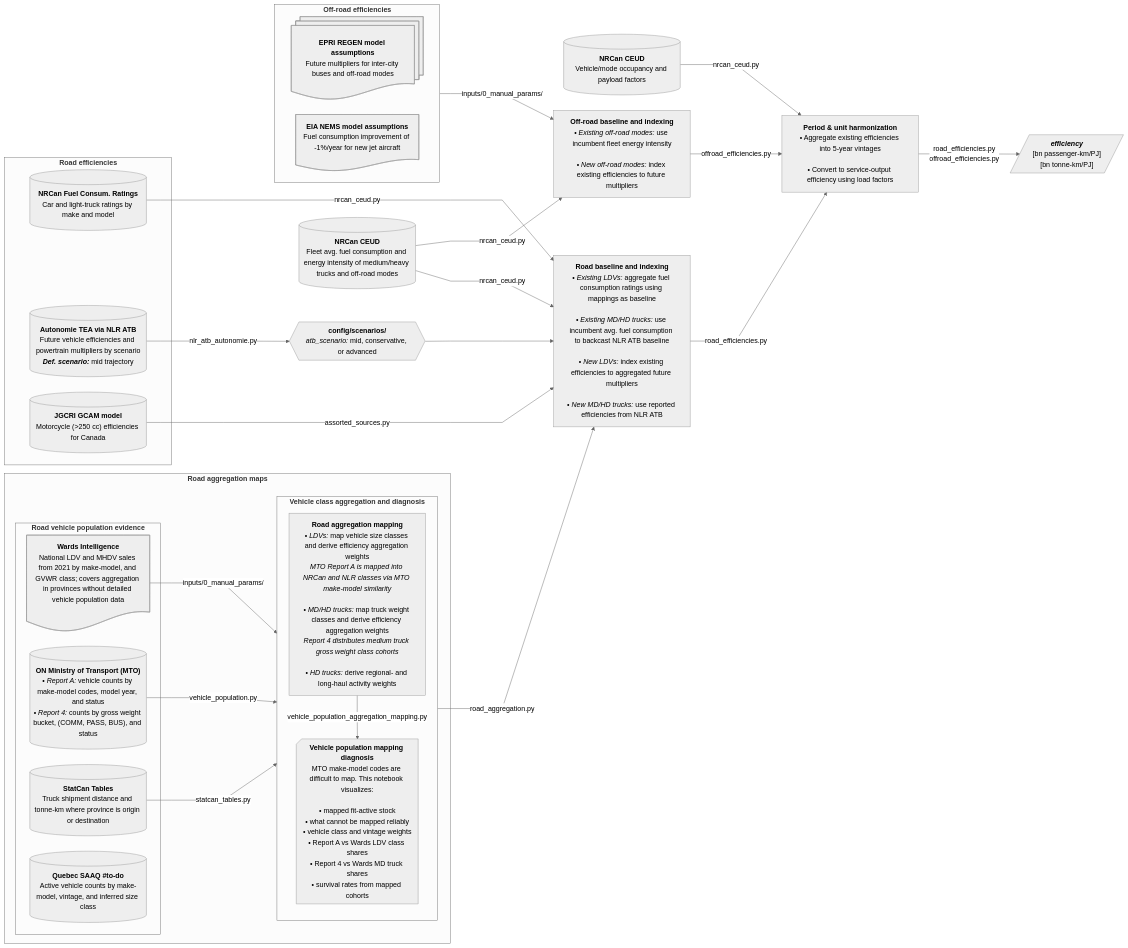
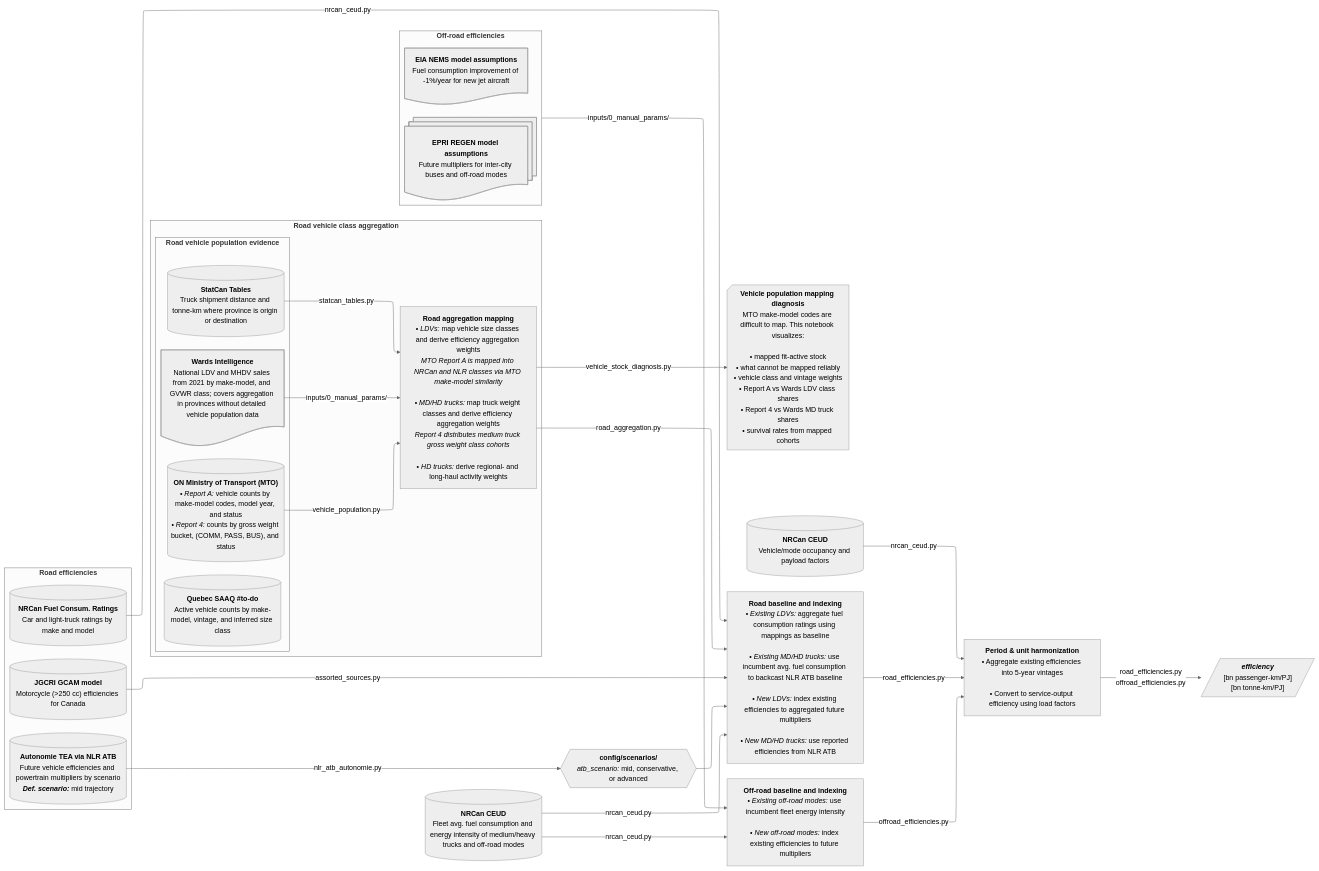
The eighth of 14 diagrams in README.md (CANOE-main/canoe-transportation), drawn with Mermaid (neutral theme) before and after one commit. The commit also changed other lines of this file and 39 other files, not shown here.

First line of the commit message:
Add technology growth evidence acquisition and diagnostics; updated mermaid flowcharts to render with elk layout.

````diff
--- a/README.md
+++ b/README.md
@@ -743,16 +732,15 @@
 ```mermaid
 ---
 config:
-  layout: dagre
+  layout: elk
   flowchart:
     nodeSpacing: 35
     rankSpacing: 50
     wrappingWidth: 250
-    curve: linear
 ---
 flowchart LR
-  %% ########### Sources ###########
-  subgraph road_agg["`**Road aggregation maps**`"]
+  %% ############ Sources ###########
+  subgraph road_agg["`**Road vehicle class aggregation**`"]
     subgraph agg["`**Road vehicle population evidence**`"]
       s3@{shape: doc, label: "**Wards Intelligence**
         National LDV and MHDV sales from 2021 by make-model, and GVWR class; covers aggregation in provinces without detailed vehicle population data"}
@@ -765,29 +753,25 @@
         Active vehicle counts by make-model, vintage, and inferred size class`")]
     end
 
-    subgraph aggregation["`**Vehicle class aggregation and diagnosis**`"]
-      direction TB
-      p0["`**Road aggregation mapping**
-        • *LDVs:* map vehicle size classes and derive efficiency aggregation weights
-        *MTO Report A is mapped into NRCan and NLR classes via MTO make-model similarity*<br>
-        • *MD/HD trucks:* map truck weight classes and derive efficiency aggregation weights
-        *Report 4 distributes medium truck gross weight class cohorts*<br>
-        • *HD trucks:* derive regional- and long-haul activity weights`"]
-      
-      p0_2@{shape: notch-rect, label: "**Vehicle population mapping diagnosis**
-        MTO make-model codes are difficult to map. This notebook visualizes:<br>
-        • mapped fit-active stock
-        • what cannot be mapped reliably
-        • vehicle class and vintage weights
-        • Report A vs Wards LDV class shares
-        • Report 4 vs Wards MD truck shares
-        • survival rates from mapped cohorts"}
-      p0 -- vehicle_population_aggregation_mapping.py --> p0_2
-    end
-    s3 -- inputs/0_manual_params/ --> aggregation
-    s4 -- vehicle_population.py --> aggregation
-    s10 -- statcan_tables.py --> aggregation
+    p0["`**Road aggregation mapping**
+      • *LDVs:* map vehicle size classes and derive efficiency aggregation weights
+      *MTO Report A is mapped into NRCan and NLR classes via MTO make-model similarity*<br>
+      • *MD/HD trucks:* map truck weight classes and derive efficiency aggregation weights
+      *Report 4 distributes medium truck gross weight class cohorts*<br>
+      • *HD trucks:* derive regional- and long-haul activity weights`"]
+    s3 -- inputs/0_manual_params/ --> p0
+    s4 -- vehicle_population.py --> p0
+    s10 -- statcan_tables.py --> p0
   end
+    p0_2@{shape: notch-rect, label: "**Vehicle population mapping diagnosis**
+      MTO make-model codes are difficult to map. This notebook visualizes:<br>
+      • mapped fit-active stock
+      • what cannot be mapped reliably
+      • vehicle class and vintage weights
+      • Report A vs Wards LDV class shares
+      • Report 4 vs Wards MD truck shares
+      • survival rates from mapped cohorts"}
+    p0 -- vehicle_stock_diagnosis.py --> p0_2
 
   subgraph road["`**Road efficiencies**`"]
     s1[("`**NRCan Fuel Consum. Ratings**
@@ -812,9 +796,7 @@
   s9[("`**NRCan CEUD**
     Vehicle/mode occupancy and payload factors`")]
 
-  %% ########### Processes ###########
-  s0 -- nrcan_ceud.py --> p3 & p2
-
+  %% ############ Processes ###########
   p2_2@{shape: hex, label: "**config/scenarios/**
     *atb_scenario:* mid, conservative, or advanced"}
   p2["`**Road baseline and indexing**
@@ -823,11 +805,13 @@
     • *New LDVs:* index existing efficiencies to aggregated future multipliers<br>
     • *New MD/HD trucks:* use reported efficiencies from NLR ATB<br>
     `"]
+  p0 -- road_aggregation.py --> p2
   s1 -- nrcan_ceud.py --> p2
   s2 -- nlr_atb_autonomie.py --> p2_2 --> p2
   s2_2 -- assorted_sources.py --> p2
-  aggregation -- road_aggregation.py --> p2
   
+  s0 -- nrcan_ceud.py --> p3 & p2
+
   p3["`**Off-road baseline and indexing**
     • *Existing off-road modes:* use incumbent fleet energy intensity<br>
     • *New off-road modes:* index existing efficiencies to future multipliers`"]
````
